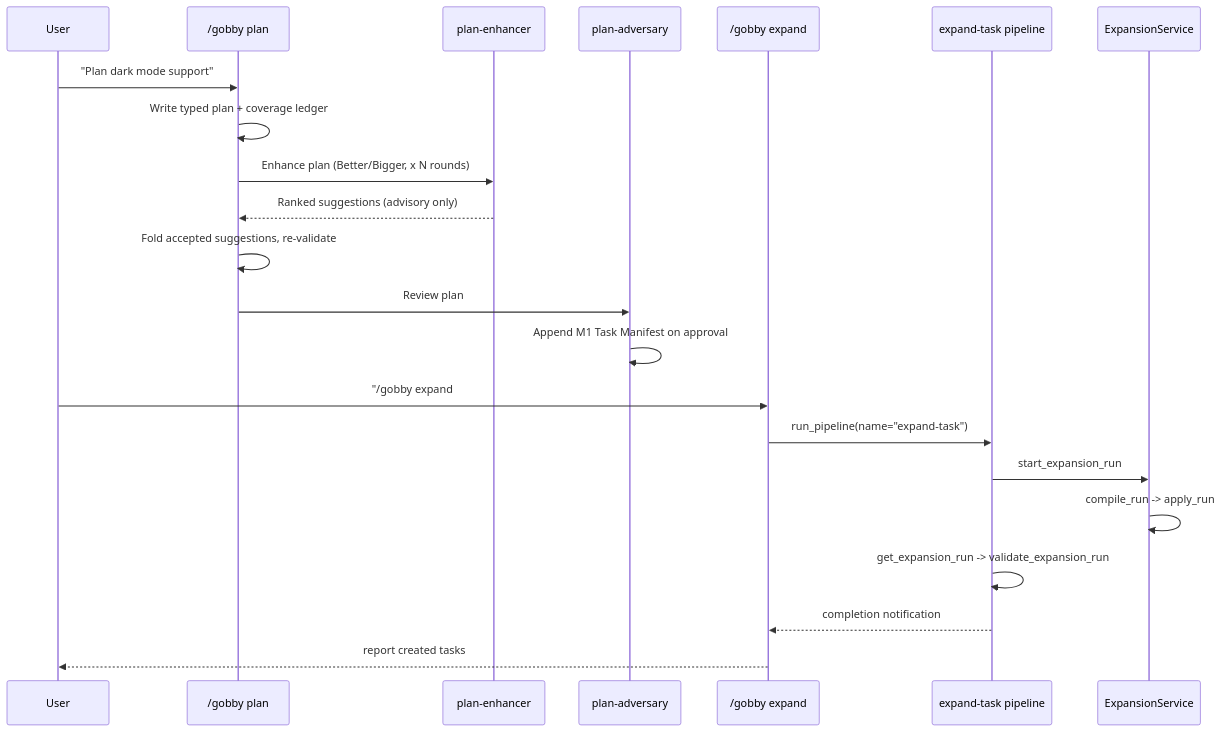
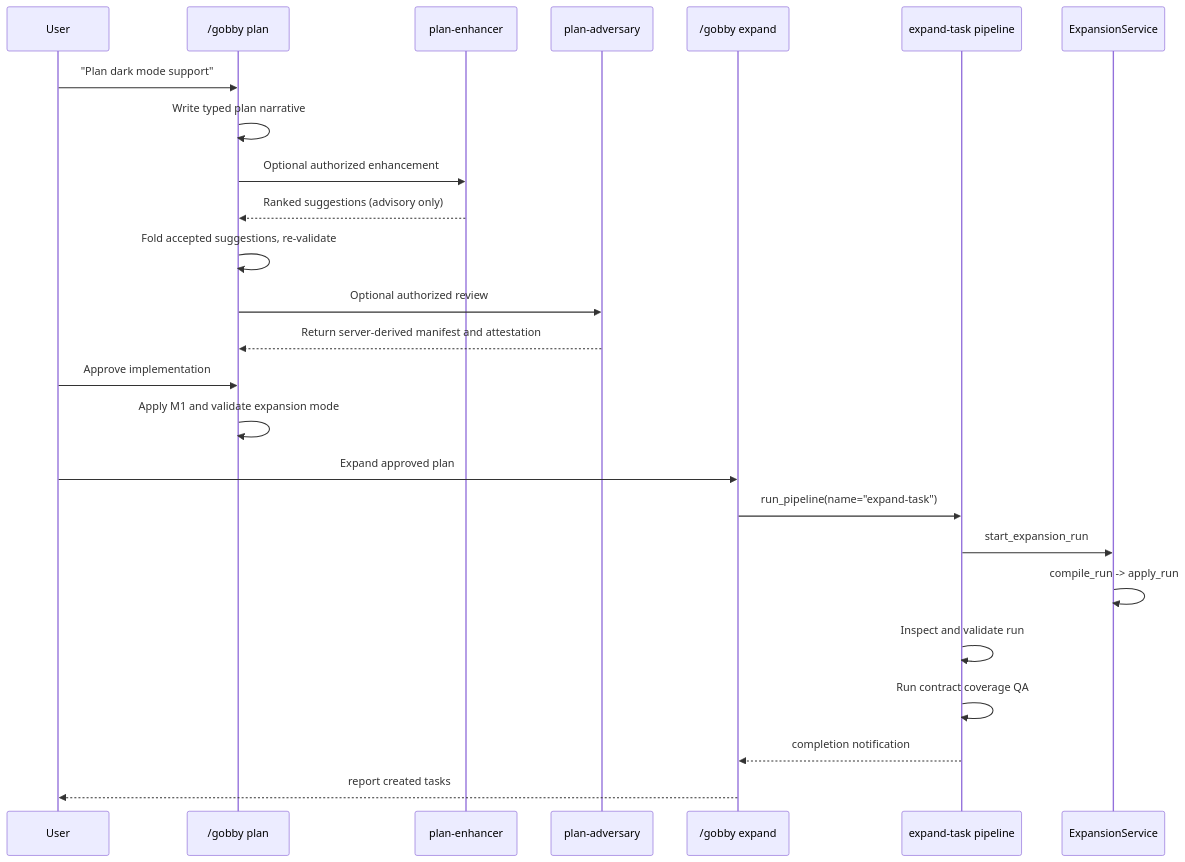
One commit to GobbyAI/gobby changed the second of 2 diagrams in docs/guides/task-expansion.md. Above: the diagram before and after it, drawn with Mermaid. The commit also changed other lines of this file and 15 other files, not shown here.

````diff
--- a/docs/guides/task-expansion.md
+++ b/docs/guides/task-expansion.md
@@ -300,25 +265,28 @@
 ```mermaid
 sequenceDiagram
     participant U as User
     participant P as /gobby plan
     participant N as plan-enhancer
     participant R as plan-adversary
     participant E as /gobby expand
     participant EP as expand-task pipeline
     participant XS as ExpansionService
 
     U->>P: "Plan dark mode support"
-    P->>P: Write typed plan + coverage ledger
-    P->>N: Enhance plan (Better/Bigger, x N rounds)
+    P->>P: Write typed plan narrative
+    P->>N: Optional authorized enhancement
     N-->>P: Ranked suggestions (advisory only)
     P->>P: Fold accepted suggestions, re-validate
-    P->>R: Review plan
-    R->>R: Append M1 Task Manifest on approval
-    U->>E: "/gobby expand #42 .gobby/plans/dark-mode.md"
+    P->>R: Optional authorized review
+    R-->>P: Return server-derived manifest and attestation
+    U->>P: Approve implementation
+    P->>P: Apply M1 and validate expansion mode
+    U->>E: Expand approved plan
     E->>EP: run_pipeline(name="expand-task")
     EP->>XS: start_expansion_run
     XS->>XS: compile_run -> apply_run
-    EP->>EP: get_expansion_run -> validate_expansion_run
+    EP->>EP: Inspect and validate run
+    EP->>EP: Run contract coverage QA
     EP-->>E: completion notification
     E-->>U: report created tasks
 ```
````
